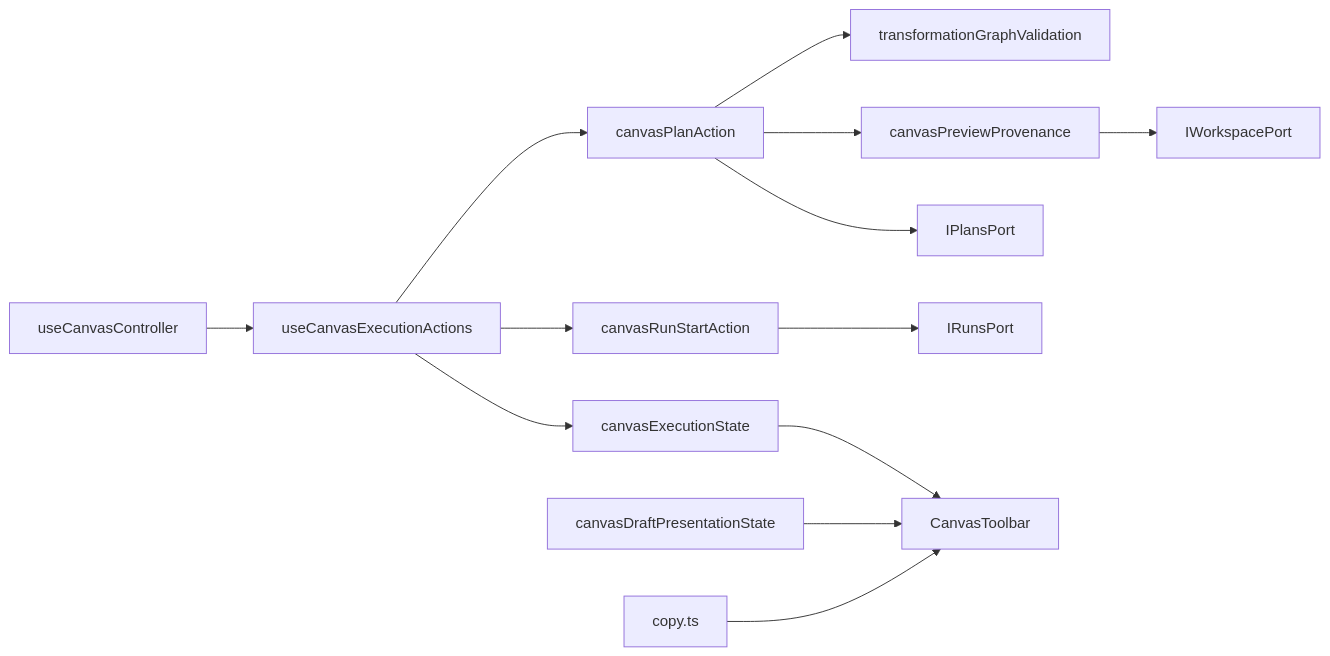
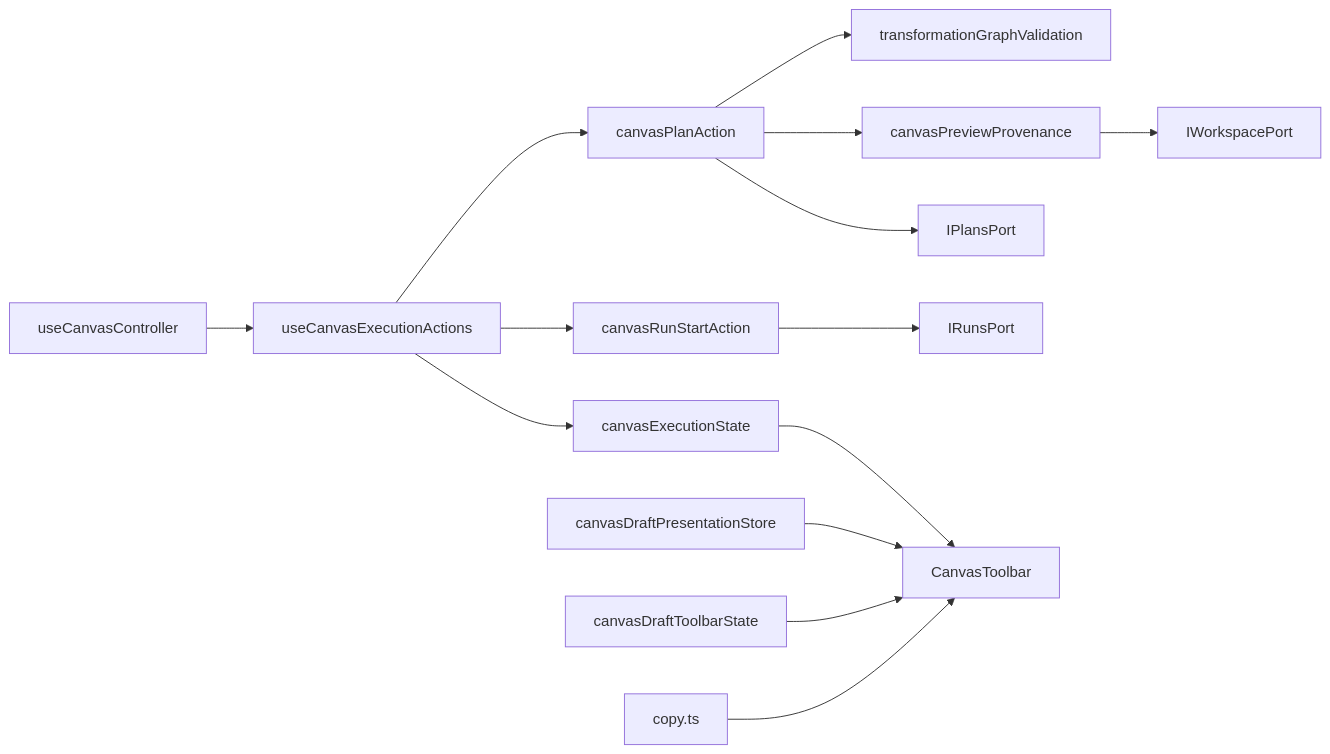
One commit to dunay2/dvt changed the seventh of 8 diagrams in docs/architecture/components/web/graph/canvas-controller-current-to-target-architecture.md. Above: the diagram before and after it, drawn with Mermaid. The commit also changed other lines of this file and 62 other files, not shown here.

Commit message:
refactor(web): Tighten canvas presentation and route seams

````diff
--- a/docs/architecture/components/web/graph/canvas-controller-current-to-target-architecture.md
+++ b/docs/architecture/components/web/graph/canvas-controller-current-to-target-architecture.md
@@ -455,15 +531,16 @@
 ```mermaid
 flowchart LR
   Controller["useCanvasController"] --> Exec["useCanvasExecutionActions"]
   Exec --> ExecState["canvasExecutionState"]
   Exec --> PlanAction["canvasPlanAction"]
   Exec --> RunAction["canvasRunStartAction"]
   PlanAction --> Validation["transformationGraphValidation"]
   PlanAction --> Provenance["canvasPreviewProvenance"]
   Provenance --> Workspace["IWorkspacePort"]
   PlanAction --> Plans["IPlansPort"]
   RunAction --> Runs["IRunsPort"]
   ExecState --> Toolbar["CanvasToolbar"]
-  DraftState["canvasDraftPresentationState"] --> Toolbar
+  DraftStore["canvasDraftPresentationStore"] --> Toolbar
+  DraftToolbar["canvasDraftToolbarState"] --> Toolbar
   Copy["copy.ts"] --> Toolbar
 ```
````
